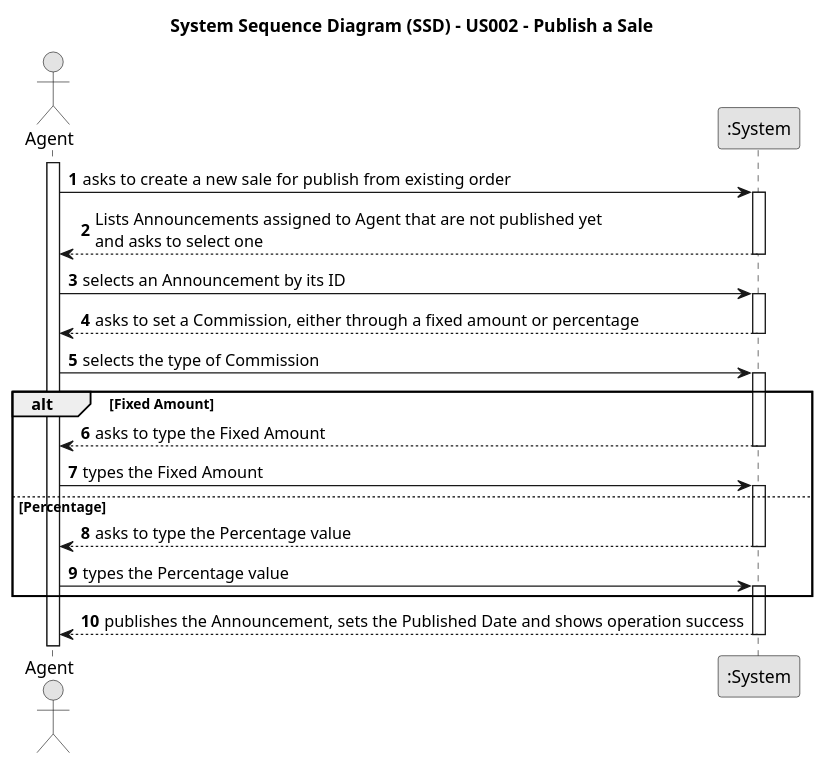
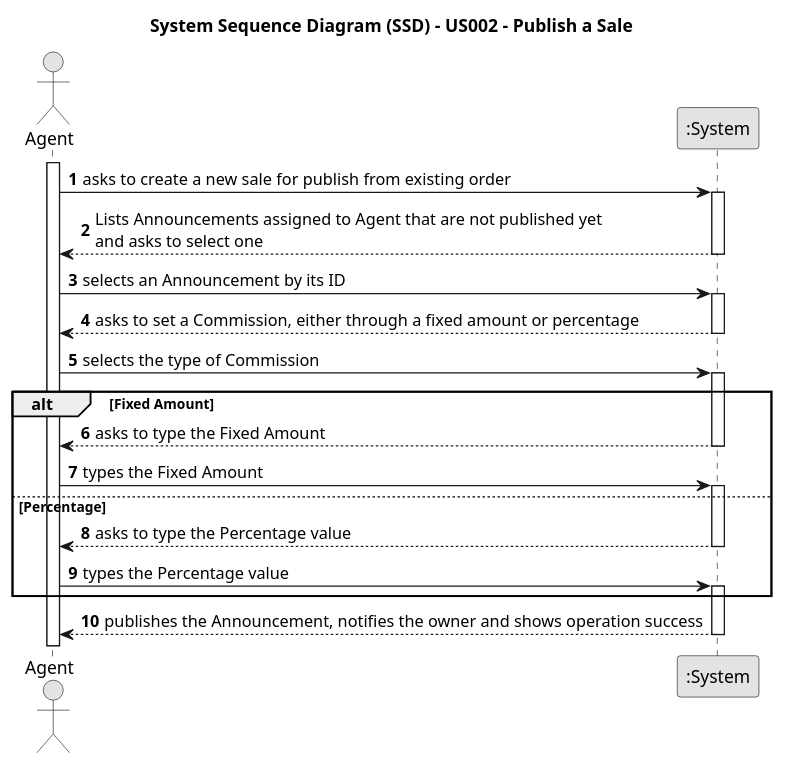
The diagram in docs/sprintD/us002/01.requirements-engineering/puml/us002-system-sequence-diagram-alternative-two.puml (Goncalves2525/real-estate-management-system), drawn with PlantUML before and after one commit. The commit also changed 12 other files, not shown here.

```diff
--- a/docs/sprintD/us002/01.requirements-engineering/puml/us002-system-sequence-diagram-alternative-two.puml
+++ b/docs/sprintD/us002/01.requirements-engineering/puml/us002-system-sequence-diagram-alternative-two.puml
@@ -1,54 +1,54 @@
 @startuml
 skinparam monochrome true
 skinparam packageStyle rectangle
 skinparam shadowing false
 
 title System Sequence Diagram (SSD) - US002 - Publish a Sale
 
 autonumber
 
 actor "Agent" as Agent
 participant ":System" as System
 
 activate Agent
 
 Agent -> System : asks to create a new sale for publish from existing order
 activate System
 
 System --> Agent : Lists Announcements assigned to Agent that are not published yet\nand asks to select one
 deactivate System
 
 Agent -> System : selects an Announcement by its ID
 activate System
 
 System --> Agent : asks to set a Commission, either through a fixed amount or percentage
 deactivate System
 
 Agent -> System : selects the type of Commission
 activate System
 
 alt Fixed Amount
     System --> Agent : asks to type the Fixed Amount
     deactivate System
 
     Agent -> System : types the Fixed Amount
     activate System
 else Percentage
     System --> Agent : asks to type the Percentage value
     deactivate System
 
     Agent -> System : types the Percentage value
     activate System
 end
 
 'System --> Agent : validates Commission and sets it to the selected Announcement
 'deactivate System
 '
 'Agent -> System : confirms the Published Announcement
 'activate System
 
-System --> Agent : publishes the Announcement, sets the Published Date and shows operation success
+System --> Agent : publishes the Announcement, notifies the owner and shows operation success
 deactivate System
 
 
 @enduml
```
